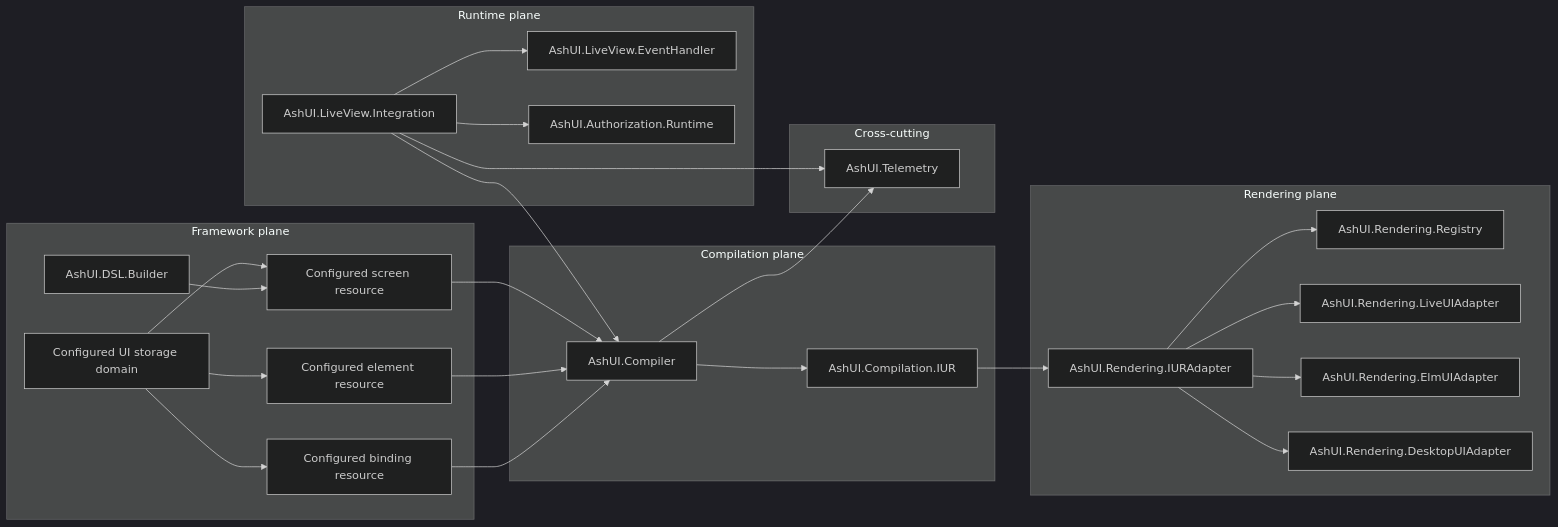
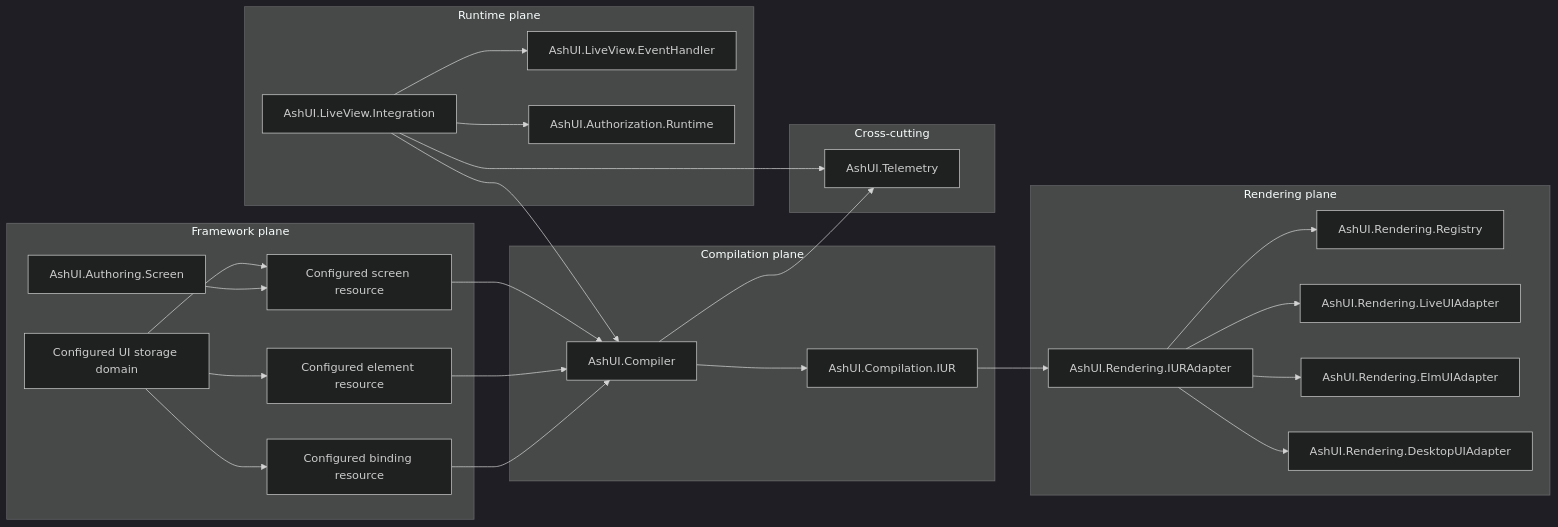
Before and after one commit to The-Metagraph/ash_ui: the diagram in guides/developer/DG-0001-architecture-overview.md, drawn with Mermaid (dark theme). The commit also changed other lines of this file and 12 other files, not shown here.

````diff
--- a/guides/developer/DG-0001-architecture-overview.md
+++ b/guides/developer/DG-0001-architecture-overview.md
@@ -33,52 +33,52 @@
 ```mermaid
 flowchart LR
     subgraph Framework["Framework plane"]
         Domain["Configured UI storage domain"]
         Screen["Configured screen resource"]
         Element["Configured element resource"]
         Binding["Configured binding resource"]
-        Builder["AshUI.DSL.Builder"]
+        Authoring["AshUI.Authoring.Screen"]
     end
 
     subgraph Compilation["Compilation plane"]
         Compiler["AshUI.Compiler"]
         IUR["AshUI.Compilation.IUR"]
     end
 
     subgraph Runtime["Runtime plane"]
         Live["AshUI.LiveView.Integration"]
         Events["AshUI.LiveView.EventHandler"]
         Auth["AshUI.Authorization.Runtime"]
     end
 
     subgraph Rendering["Rendering plane"]
         Adapter["AshUI.Rendering.IURAdapter"]
         Registry["AshUI.Rendering.Registry"]
         LiveAdapter["AshUI.Rendering.LiveUIAdapter"]
         WebAdapter["AshUI.Rendering.ElmUIAdapter"]
         DesktopAdapter["AshUI.Rendering.DesktopUIAdapter"]
     end
 
     subgraph Observability["Cross-cutting"]
         Telemetry["AshUI.Telemetry"]
     end
 
     Domain --> Screen
     Domain --> Element
     Domain --> Binding
-    Builder --> Screen
+    Authoring --> Screen
     Screen --> Compiler
     Element --> Compiler
     Binding --> Compiler
     Compiler --> IUR
     IUR --> Adapter
     Adapter --> Registry
     Live --> Auth
     Live --> Compiler
     Live --> Events
     Live --> Telemetry
     Compiler --> Telemetry
     Adapter --> LiveAdapter
     Adapter --> WebAdapter
     Adapter --> DesktopAdapter
 ```
````
